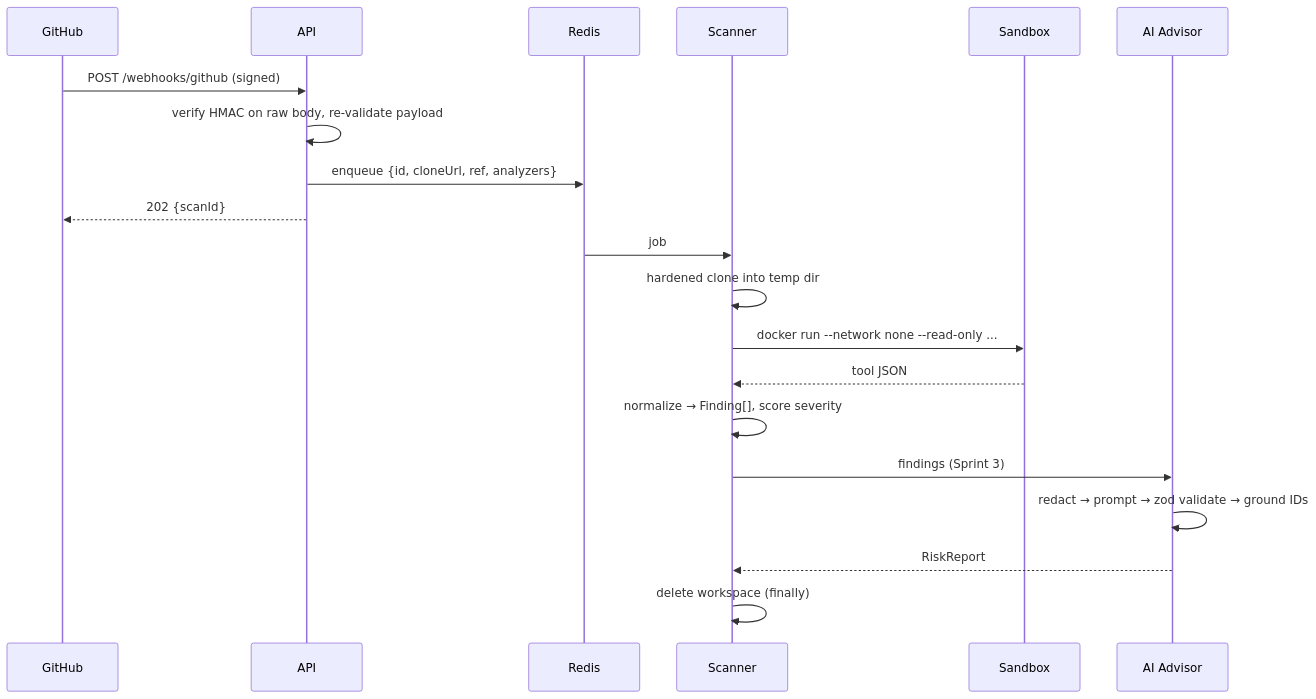
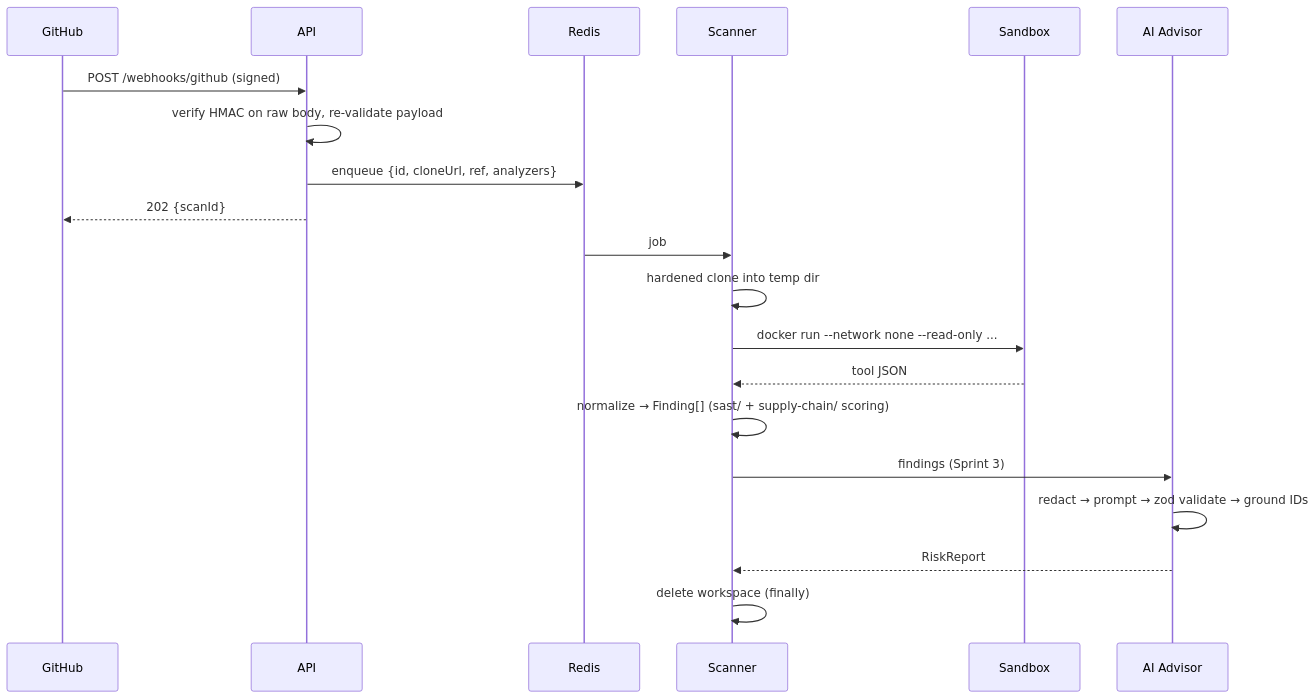
Before and after one commit to amineakremi07/RepoAudit: the third of 3 diagrams in docs/ARCHITECTURE.md, drawn with Mermaid. The commit also changed other lines of this file and 25 other files, not shown here.

Commit message:
modify architecture for 4 members and creating the architecture of the project

````diff
--- a/docs/ARCHITECTURE.md
+++ b/docs/ARCHITECTURE.md
@@ -94,22 +97,22 @@
 ```mermaid
 sequenceDiagram
     participant G as GitHub
     participant A as API
     participant R as Redis
     participant S as Scanner
     participant X as Sandbox
     participant V as AI Advisor
     G->>A: POST /webhooks/github (signed)
     A->>A: verify HMAC on raw body, re-validate payload
     A->>R: enqueue {id, cloneUrl, ref, analyzers}
     A-->>G: 202 {scanId}
     R->>S: job
     S->>S: hardened clone into temp dir
     S->>X: docker run --network none --read-only ...
     X-->>S: tool JSON
-    S->>S: normalize → Finding[], score severity
+    S->>S: normalize → Finding[] (sast/ + supply-chain/ scoring)
     S->>V: findings (Sprint 3)
     V->>V: redact → prompt → zod validate → ground IDs
     V-->>S: RiskReport
     S->>S: delete workspace (finally)
 ```
````
